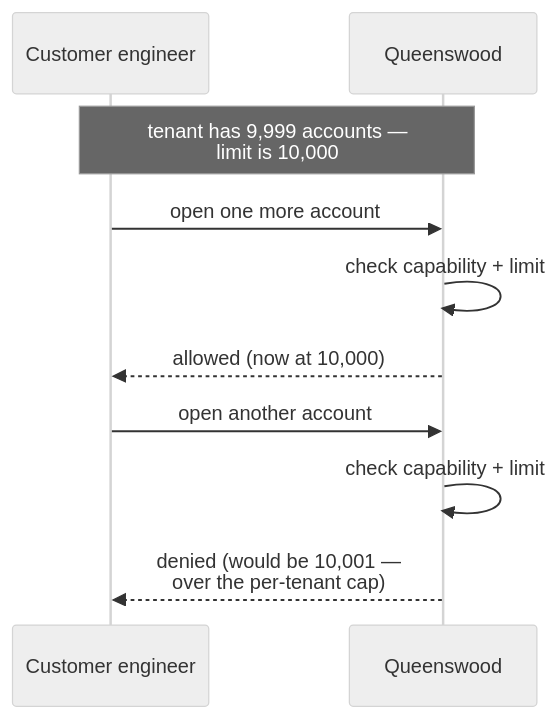
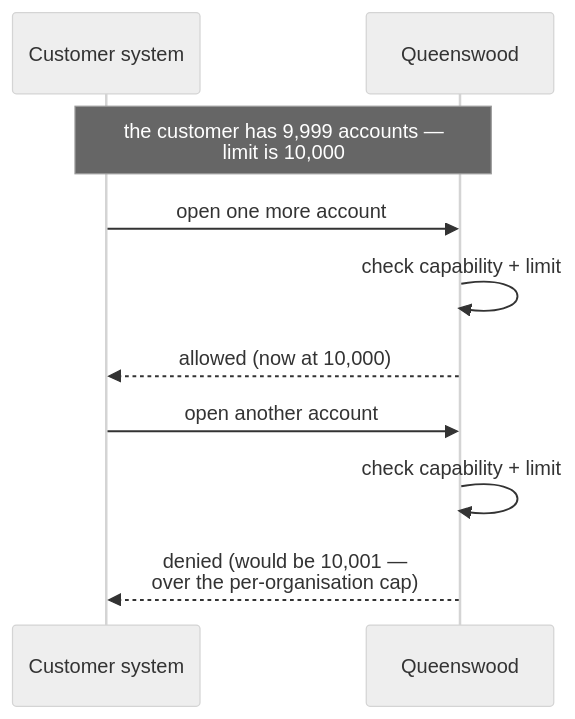
Before and after one commit to repldriven/queenswood: the second of 5 diagrams in docs/prd/policies.md, drawn with Mermaid (neutral theme). The commit also changed other lines of this file and 32 other files, not shown here.

````diff
--- a/docs/prd/policies.md
+++ b/docs/prd/policies.md
@@ -282,13 +282,13 @@
 ```mermaid
 sequenceDiagram
-    participant T as Customer engineer
+    participant T as Customer system
     participant Q as Queenswood
 
-    Note over T,Q: tenant has 9,999 accounts —<br/>limit is 10,000
+    Note over T,Q: the customer has 9,999 accounts —<br/>limit is 10,000
     T->>Q: open one more account
     Q->>Q: check capability + limit
     Q-->>T: allowed (now at 10,000)
     T->>Q: open another account
     Q->>Q: check capability + limit
-    Q-->>T: denied (would be 10,001 —<br/>over the per-tenant cap)
+    Q-->>T: denied (would be 10,001 —<br/>over the per-organisation cap)
 ```
````
